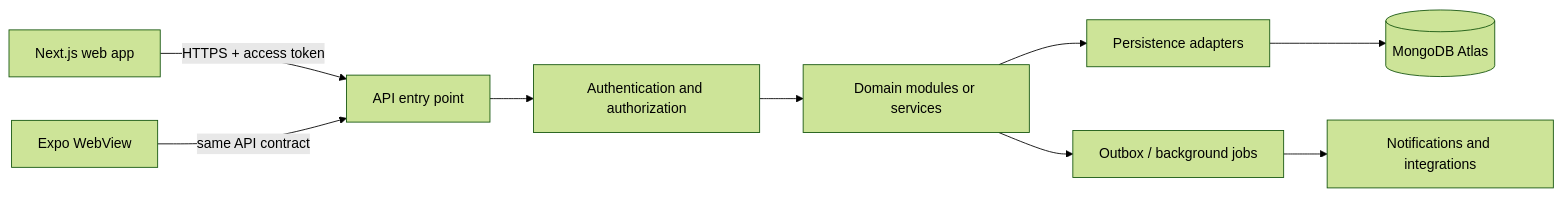
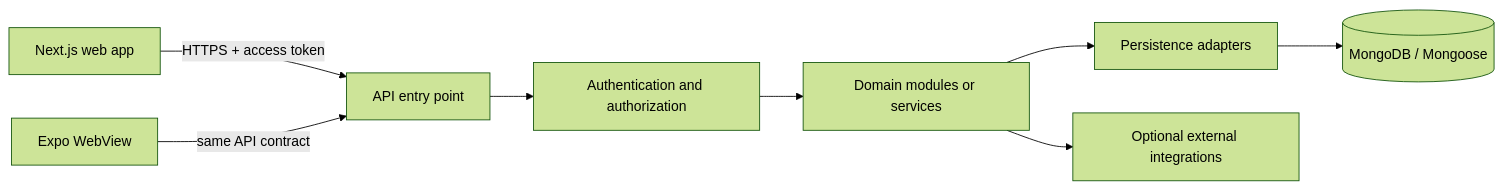
One commit to cjw21332/PhysiqueQuest changed the first of 2 diagrams in .agents/rules/DATABASE.md. Above: the diagram before and after it, drawn with Mermaid (forest theme). The commit also changed other lines of this file and 40 other files, not shown here.

````diff
--- a/.agents/rules/DATABASE.md
+++ b/.agents/rules/DATABASE.md
@@ -22,11 +23,10 @@
 ```mermaid
 flowchart LR
   W[Next.js web app] -->|HTTPS + access token| G[API entry point]
   M[Expo WebView] -->|same API contract| G
   G --> A[Authentication and authorization]
   A --> D[Domain modules or services]
   D --> R[Persistence adapters]
-  R --> DB[(MongoDB Atlas)]
-  D --> O[Outbox / background jobs]
-  O --> N[Notifications and integrations]
+  R --> DB[(MongoDB / Mongoose)]
+  D --> I[Optional external integrations]
 ```
````
